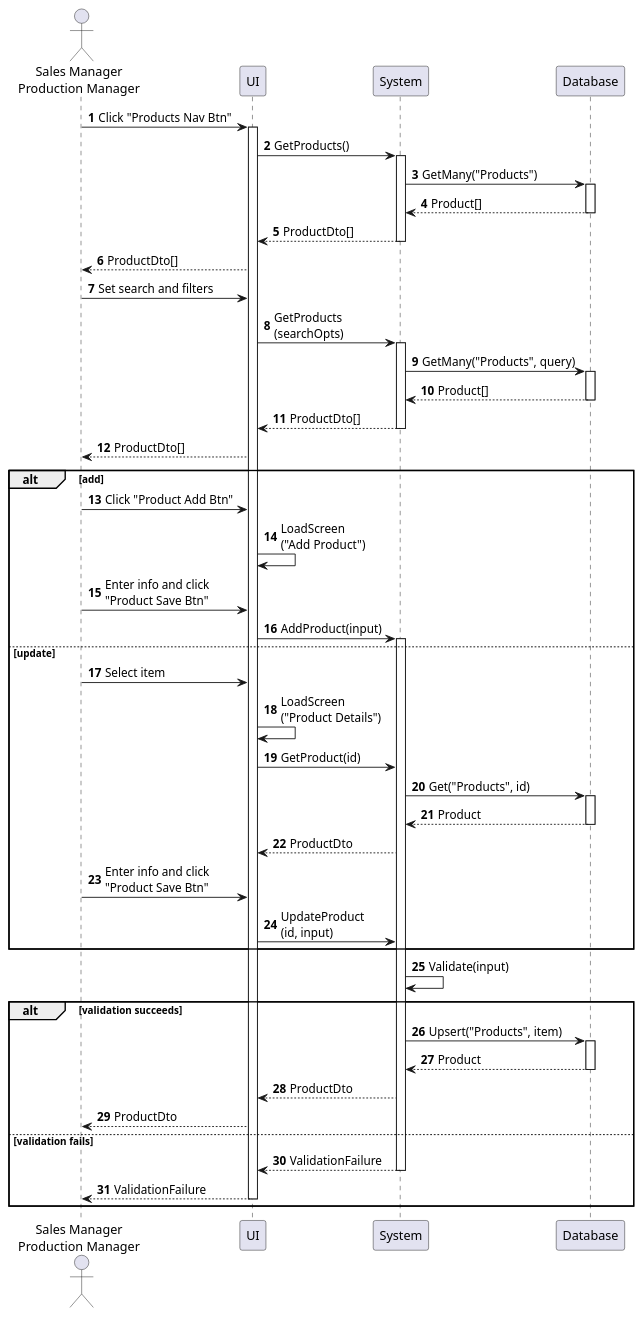
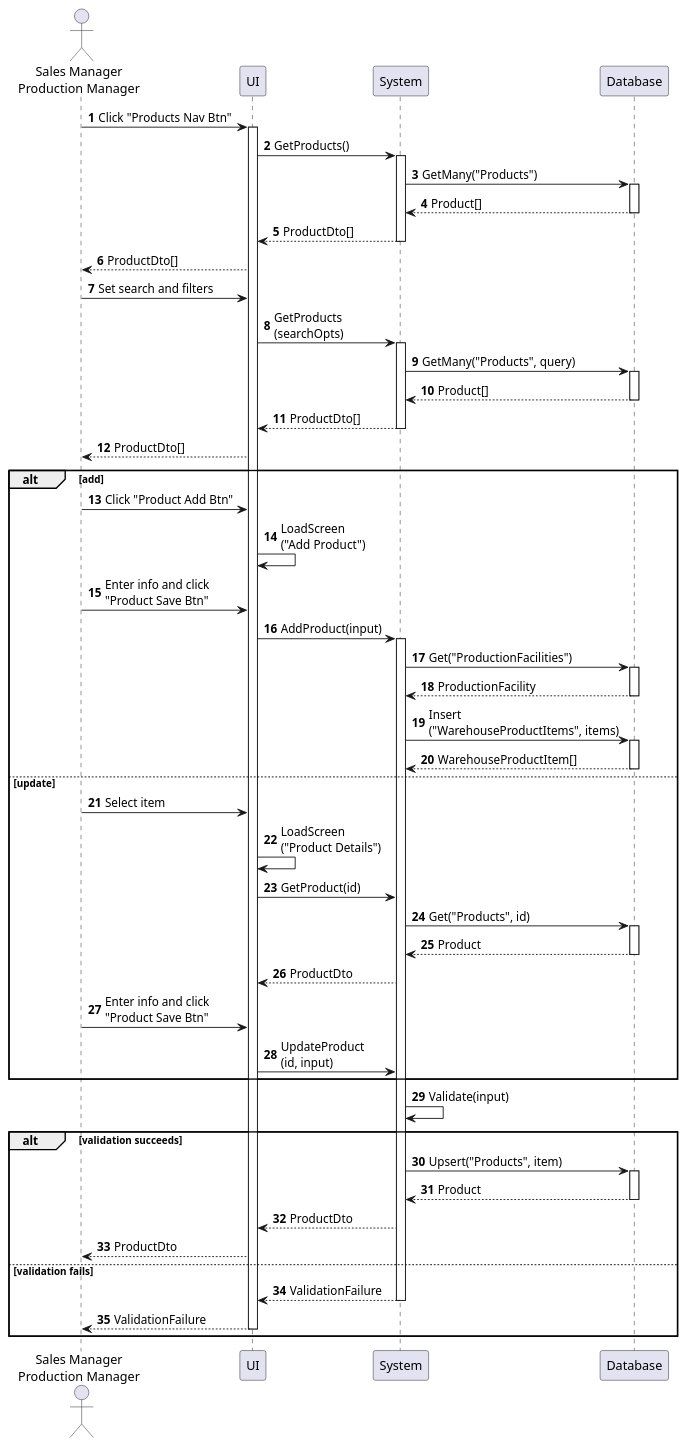
The diagram in sequences/product-enter.plantuml (phihungha/scmss-reqs), drawn with PlantUML before and after one commit. The commit also changed 3 other files, not shown here.

```diff
--- a/sequences/product-enter.plantuml
+++ b/sequences/product-enter.plantuml
@@ -1,57 +1,63 @@
 @startuml product-enter
 autonumber
 
 actor "Sales Manager\nProduction Manager" as a
 participant UI as f
 participant System as b
 participant Database as d
 
 a -> f : Click "Products Nav Btn"
 activate f
 f -> b : GetProducts()
 activate b
 b -> d : GetMany("Products")
 activate d
 return Product[]
 return ProductDto[]
 f --> a : ProductDto[]
 a -> f : Set search and filters
 f -> b : GetProducts\n(searchOpts)
 activate b
 b -> d : GetMany("Products", query)
 activate d
 return Product[]
 return ProductDto[]
 f --> a : ProductDto[]
 
 alt add
     a -> f : Click "Product Add Btn"
     f -> f : LoadScreen\n("Add Product")
     a -> f : Enter info and click\n"Product Save Btn"
     f -> b : AddProduct(input)
     activate b
+    b -> d : Get("ProductionFacilities")
+    activate d
+    return ProductionFacility
+    b -> d : Insert\n("WarehouseProductItems", items)
+    activate d
+    return WarehouseProductItem[]
 else update
     a -> f : Select item
     f -> f : LoadScreen\n("Product Details")
     f -> b : GetProduct(id)
     b -> d : Get("Products", id)
     activate d
     return Product
     b --> f : ProductDto
     a -> f : Enter info and click\n"Product Save Btn"
     f -> b : UpdateProduct\n(id, input)
 end
 
 b -> b : Validate(input)
 
 alt validation succeeds
     b -> d : Upsert("Products", item)
     activate d
     return Product
     b --> f : ProductDto
     f --> a : ProductDto
 else validation fails
     return ValidationFailure
     return ValidationFailure
 end
 @enduml
```
